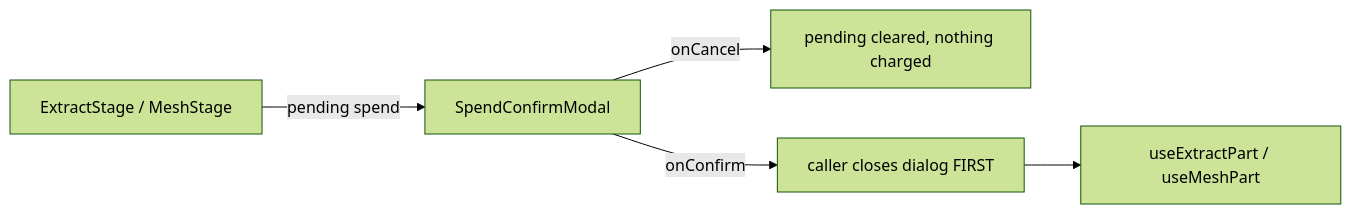
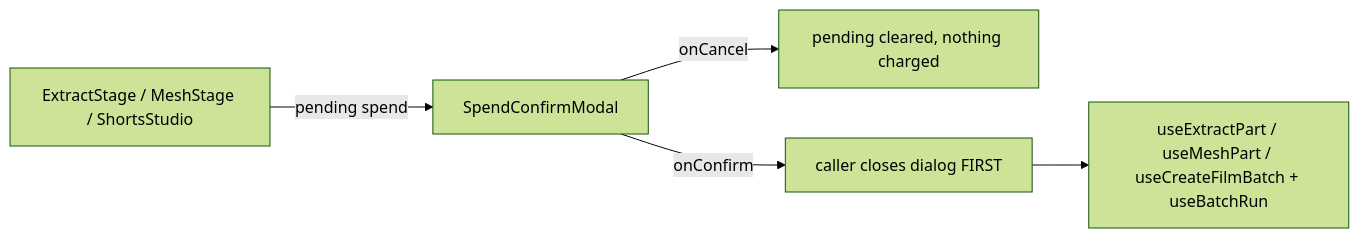
The diagram in apps/web/src/shared/ui/SpendConfirmModal.tsx.md (AzamatRaimbekov2/openCreate), drawn with Mermaid (forest theme) before and after one commit. The commit also changed other lines of this file and 206 other files, not shown here.

First line of the commit message:
feat(shorts): a vertical template shelf and a batch runner, plus the day's provider repairs

````diff
--- a/apps/web/src/shared/ui/SpendConfirmModal.tsx.md
+++ b/apps/web/src/shared/ui/SpendConfirmModal.tsx.md
@@ -31,7 +38,7 @@
 ```mermaid
 flowchart LR
-  Stage[ExtractStage / MeshStage] -- pending spend --> SCM[SpendConfirmModal]
+  Caller[ExtractStage / MeshStage / ShortsStudio] -- pending spend --> SCM[SpendConfirmModal]
   SCM -- onCancel --> Clear[pending cleared, nothing charged]
   SCM -- onConfirm --> Close[caller closes dialog FIRST]
-  Close --> Mutate[useExtractPart / useMeshPart]
+  Close --> Mutate[useExtractPart / useMeshPart / useCreateFilmBatch + useBatchRun]
 ```
````
